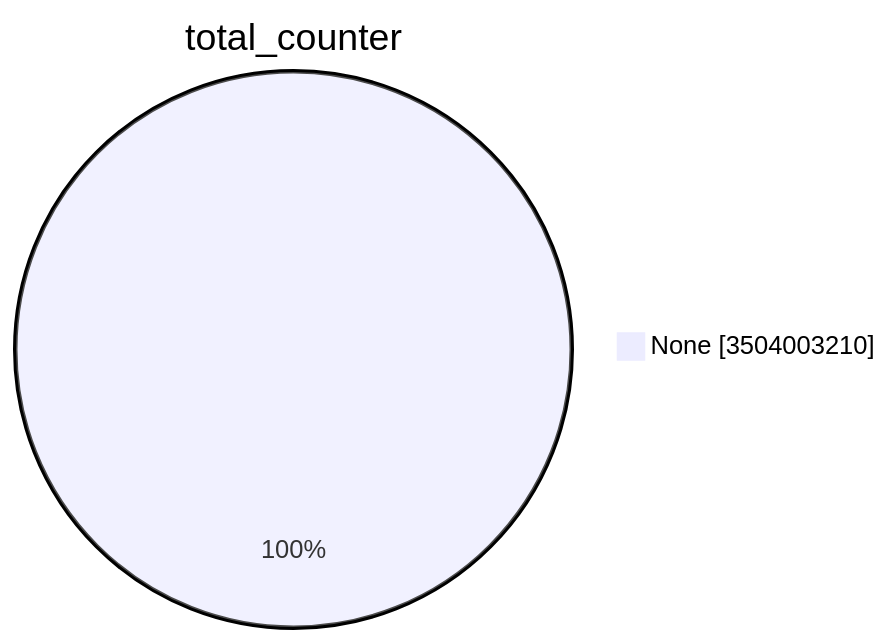
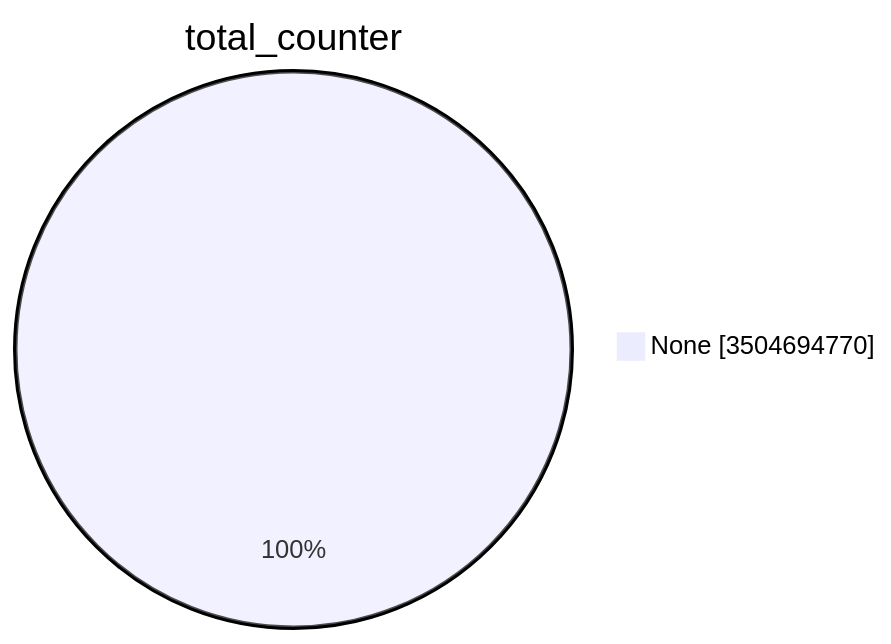
Before and after one commit to christiankrug/ctmonitor_visualization: the first of 15 diagrams in TOTAL/README.md, drawn with Mermaid. The commit also changed other lines of this file, not shown here.

````diff
--- a/TOTAL/README.md
+++ b/TOTAL/README.md
@@ -1,5 +1,5 @@
 ```mermaid
 pie showData
 title total_counter
-"None" :3504003210
+"None" :3504694770
 ```
````
